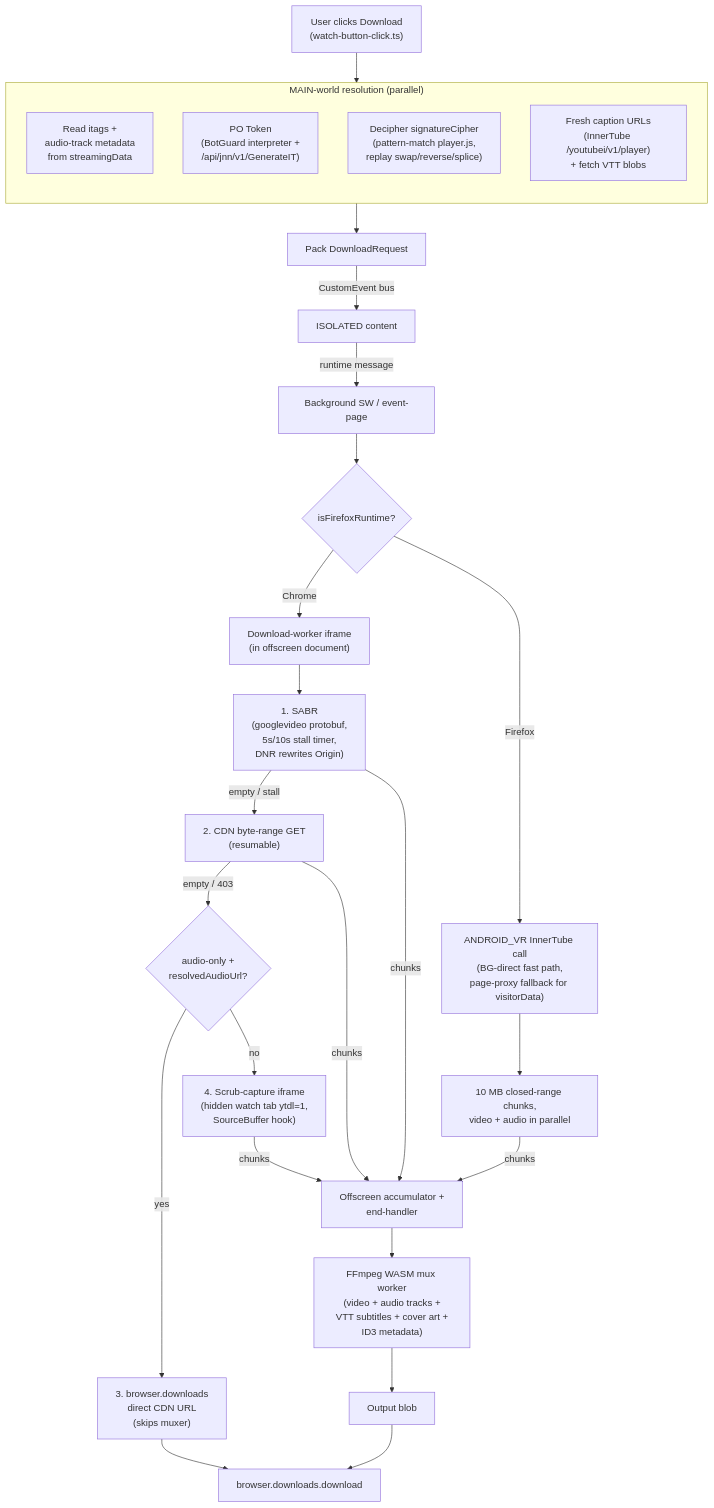
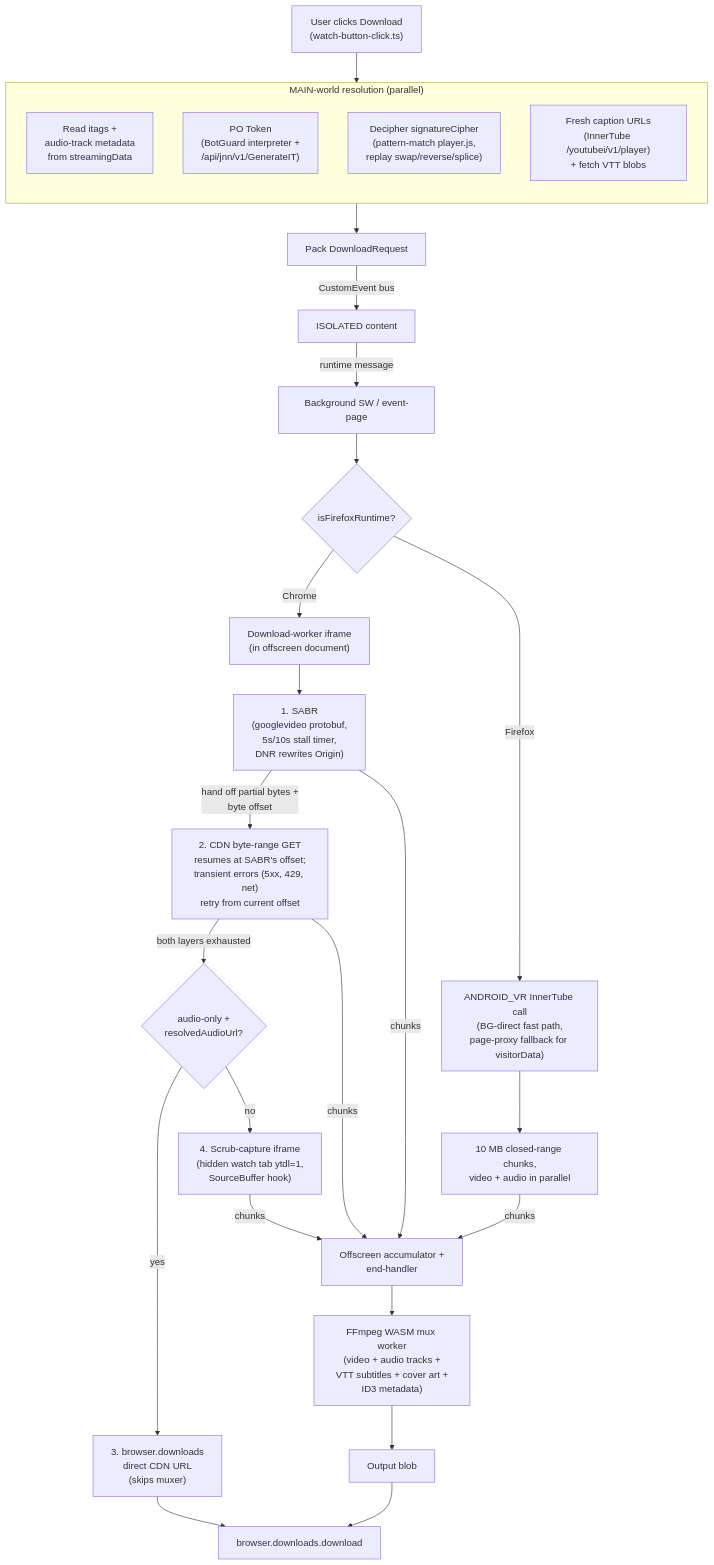
Before and after one commit to avi12/youtube-downloader: the first of 3 diagrams in ARCHITECTURE.md, drawn with Mermaid.

Commit message:
ARCHITECTURE: label SABR->CDN edge as partial-byte resume

````diff
--- a/ARCHITECTURE.md
+++ b/ARCHITECTURE.md
@@ -9,39 +9,39 @@
 ```mermaid
 flowchart TB
     Click["User clicks Download<br/>(watch-button-click.ts)"]
 
     subgraph Resolve["MAIN-world resolution (parallel)"]
       direction TB
       Itags["Read itags +<br/>audio-track metadata<br/>from streamingData"]
       PO["PO Token<br/>(BotGuard interpreter +<br/>/api/jnn/v1/GenerateIT)"]
       Sig["Decipher signatureCipher<br/>(pattern-match player.js,<br/>replay swap/reverse/splice)"]
       Captions["Fresh caption URLs<br/>(InnerTube /youtubei/v1/player)<br/>+ fetch VTT blobs"]
     end
 
     Click --> Resolve
     Resolve --> Pack["Pack DownloadRequest"]
     Pack -->|"CustomEvent bus"| Iso["ISOLATED content"]
     Iso -->|"runtime message"| SW["Background SW / event-page"]
 
     SW --> Branch{"isFirefoxRuntime?"}
     Branch -->|"Chrome"| Worker["Download-worker iframe<br/>(in offscreen document)"]
     Branch -->|"Firefox"| FF["ANDROID_VR InnerTube call<br/>(BG-direct fast path,<br/>page-proxy fallback for visitorData)"]
 
     Worker --> SABR["1. SABR<br/>(googlevideo protobuf,<br/>5s/10s stall timer,<br/>DNR rewrites Origin)"]
-    SABR -->|"empty / stall"| CDN["2. CDN byte-range GET<br/>(resumable)"]
-    CDN -->|"empty / 403"| FB{"audio-only +<br/>resolvedAudioUrl?"}
+    SABR -->|"hand off partial bytes +<br/>byte offset"| CDN["2. CDN byte-range GET<br/>resumes at SABR's offset;<br/>transient errors (5xx, 429, net)<br/>retry from current offset"]
+    CDN -->|"both layers exhausted"| FB{"audio-only +<br/>resolvedAudioUrl?"}
     FB -->|"yes"| Direct["3. browser.downloads<br/>direct CDN URL<br/>(skips muxer)"]
     FB -->|"no"| Scrub["4. Scrub-capture iframe<br/>(hidden watch tab ytdl=1,<br/>SourceBuffer hook)"]
 
     FF --> FFchunk["10 MB closed-range chunks,<br/>video + audio in parallel"]
 
     SABR -->|"chunks"| Acc["Offscreen accumulator +<br/>end-handler"]
     CDN -->|"chunks"| Acc
     Scrub -->|"chunks"| Acc
     FFchunk -->|"chunks"| Acc
 
     Acc --> Mux["FFmpeg WASM mux worker<br/>(video + audio tracks +<br/>VTT subtitles + cover art +<br/>ID3 metadata)"]
     Mux --> Blob["Output blob"]
     Blob --> DL["browser.downloads.download"]
     Direct --> DL
 ```
````
